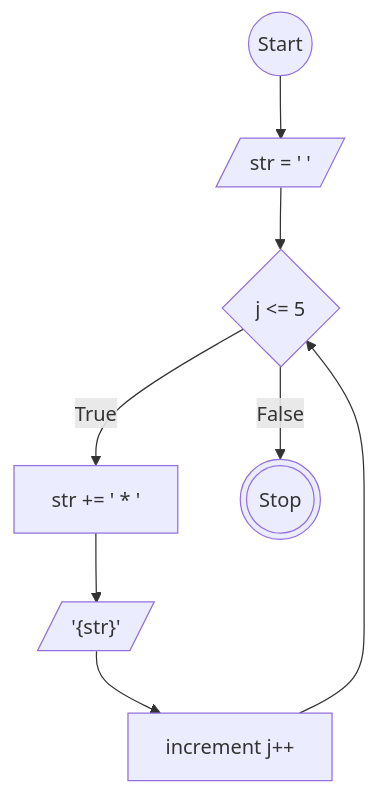
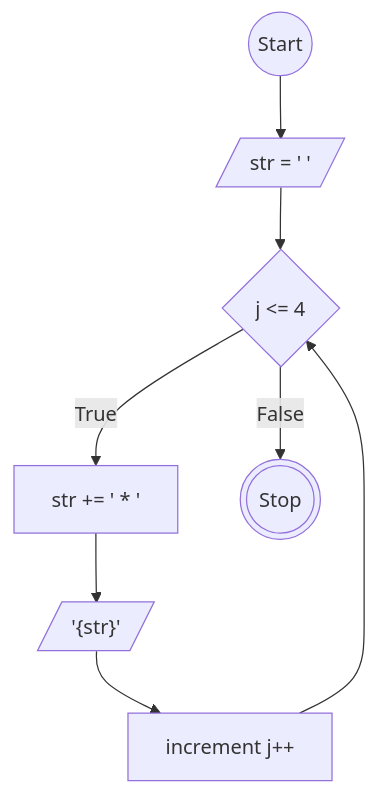
The diagram in task3.md (MuhamadRafliShidiq/koda-b8-javascript1), drawn with Mermaid before and after one commit.

````diff
--- a/task3.md
+++ b/task3.md
@@ -7,20 +7,20 @@
 ```mermaid
 
     flowchart TD
 
     a@{ shape: circle, label: "Start" }
     b@{ shape: lean-r, label: " str = ' '" }
-    d@{ shape: diamond, label: "j <= 5" }
+    d@{ shape: diamond, label: "j <= 4" }
     e@{ shape: rect, label: " str += ' * '" }
     g@{ shape: lean-r, label: " '{str}'" }
     f@{ shape: rect, label: " increment j++" }
 
     h@{ shape: dbl-circ, label: "Stop" }
 
     a --> b --> d
 
     d --True--> e --> g --> f
     f --> d
 
     d --False--> h
 ```
````
